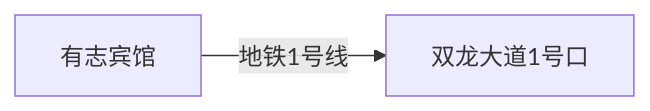
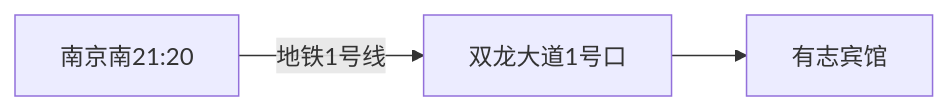
The first of 2 diagrams in _posts/2019-5-31-NanjingTourismSheet.md (Neyzoter/Neyzoter.github.io), drawn with Mermaid before and after one commit. The commit also changed other lines of this file and 3 other files, not shown here.

````diff
--- a/_posts/2019-5-31-NanjingTourismSheet.md
+++ b/_posts/2019-5-31-NanjingTourismSheet.md
@@ -57,4 +13,5 @@
 ```mermaid
 graph LR
-	有志宾馆--地铁1号线-->双龙大道1号口
+	南京南21:20--地铁1号线-->双龙大道1号口
+	双龙大道1号口-->有志宾馆
 ```
````
